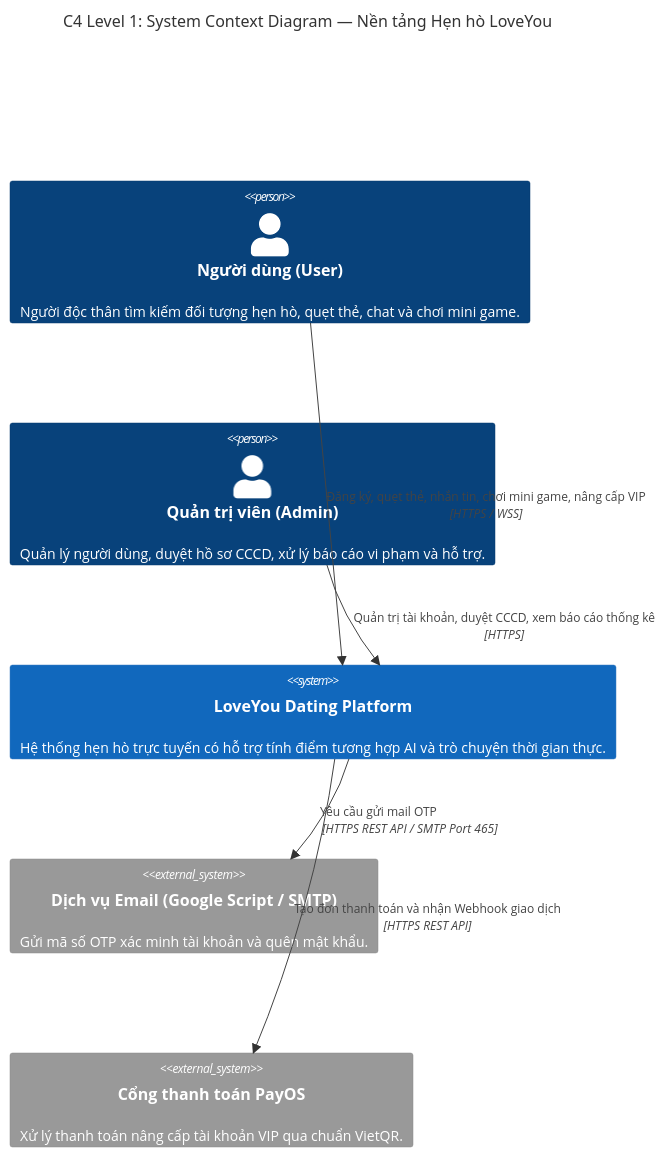
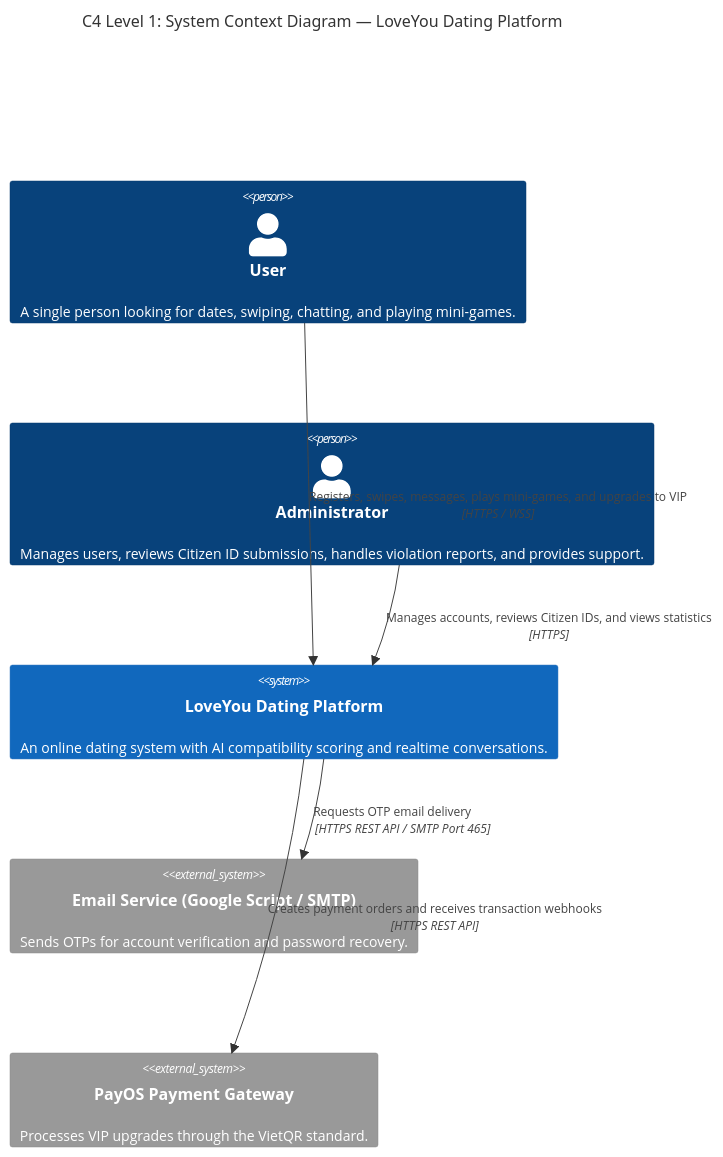
Before and after one commit to NgoTrungNghia/SE24C11-Loveyou-Group01: the first of 5 diagrams in docs/TECHNICAL_OVERVIEW.md, drawn with Mermaid. The commit also changed other lines of this file and 8 other files, not shown here.

````diff
--- a/docs/TECHNICAL_OVERVIEW.md
+++ b/docs/TECHNICAL_OVERVIEW.md
@@ -81,17 +81,17 @@
 ```mermaid
 C4Context
-    title C4 Level 1: System Context Diagram — Nền tảng Hẹn hò LoveYou
+    title C4 Level 1: System Context Diagram — LoveYou Dating Platform
 
-    Person(user, "Người dùng (User)", "Người độc thân tìm kiếm đối tượng hẹn hò, quẹt thẻ, chat và chơi mini game.")
-    Person(admin, "Quản trị viên (Admin)", "Quản lý người dùng, duyệt hồ sơ CCCD, xử lý báo cáo vi phạm và hỗ trợ.")
+    Person(user, "User", "A single person looking for dates, swiping, chatting, and playing mini-games.")
+    Person(admin, "Administrator", "Manages users, reviews Citizen ID submissions, handles violation reports, and provides support.")
 
-    System(loveyouSystem, "LoveYou Dating Platform", "Hệ thống hẹn hò trực tuyến có hỗ trợ tính điểm tương hợp AI và trò chuyện thời gian thực.")
+    System(loveyouSystem, "LoveYou Dating Platform", "An online dating system with AI compatibility scoring and realtime conversations.")
 
-    System_Ext(emailService, "Dịch vụ Email (Google Script / SMTP)", "Gửi mã số OTP xác minh tài khoản và quên mật khẩu.")
-    System_Ext(payosGateway, "Cổng thanh toán PayOS", "Xử lý thanh toán nâng cấp tài khoản VIP qua chuẩn VietQR.")
+    System_Ext(emailService, "Email Service (Google Script / SMTP)", "Sends OTPs for account verification and password recovery.")
+    System_Ext(payosGateway, "PayOS Payment Gateway", "Processes VIP upgrades through the VietQR standard.")
 
-    Rel(user, loveyouSystem, "Đăng ký, quẹt thẻ, nhắn tin, chơi mini game, nâng cấp VIP", "HTTPS / WSS")
-    Rel(admin, loveyouSystem, "Quản trị tài khoản, duyệt CCCD, xem báo cáo thống kê", "HTTPS")
-    Rel(loveyouSystem, emailService, "Yêu cầu gửi mail OTP", "HTTPS REST API / SMTP Port 465")
-    Rel(loveyouSystem, payosGateway, "Tạo đơn thanh toán và nhận Webhook giao dịch", "HTTPS REST API")
+    Rel(user, loveyouSystem, "Registers, swipes, messages, plays mini-games, and upgrades to VIP", "HTTPS / WSS")
+    Rel(admin, loveyouSystem, "Manages accounts, reviews Citizen IDs, and views statistics", "HTTPS")
+    Rel(loveyouSystem, emailService, "Requests OTP email delivery", "HTTPS REST API / SMTP Port 465")
+    Rel(loveyouSystem, payosGateway, "Creates payment orders and receives transaction webhooks", "HTTPS REST API")
 ```
````
